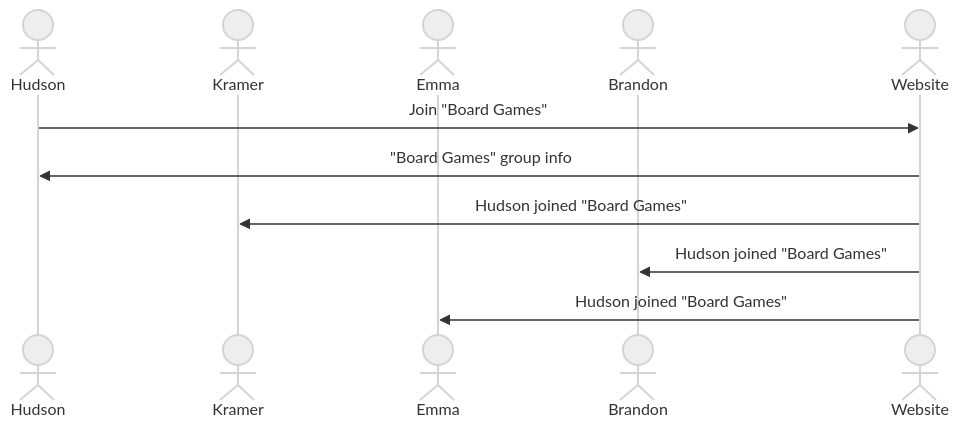
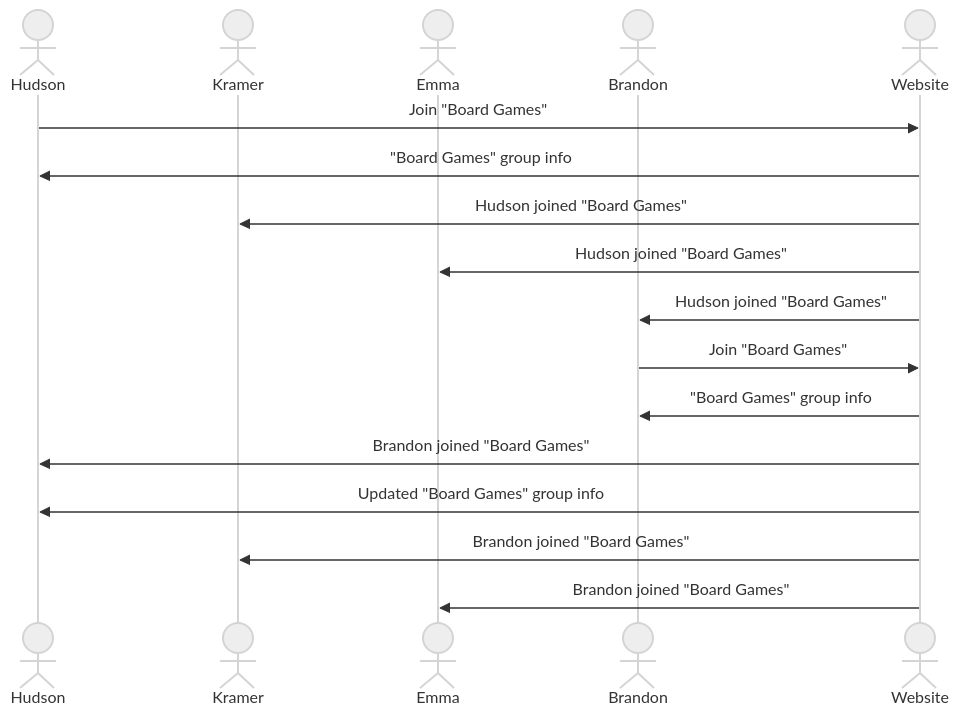
One commit to hstohl/startup changed the diagram in README.md. Above: the diagram before and after it, drawn with Mermaid (neutral theme).

Commit message:
sequence Diagram

````diff
--- a/README.md
+++ b/README.md
@@ -38,13 +38,20 @@
 ```mermaid
 sequenceDiagram
     actor Hudson
     actor Kramer
     actor Emma
     actor Brandon
     actor Website
     Hudson->>Website: Join "Board Games"
     Website->>Hudson: "Board Games" group info
     Website->>Kramer: Hudson joined "Board Games"
+    Website->>Emma: Hudson joined "Board Games"
     Website->>Brandon: Hudson joined "Board Games"
-    Website->>Emma: Hudson joined "Board Games"
+    Brandon->>Website: Join "Board Games"
+    Website->>Brandon: "Board Games" group info
+    Website->>Hudson: Brandon joined "Board Games"
+    Website->>Hudson: Updated "Board Games" group info
+    Website->>Kramer: Brandon joined "Board Games"
+    Website->>Emma: Brandon joined "Board Games"
+
 ```
````
